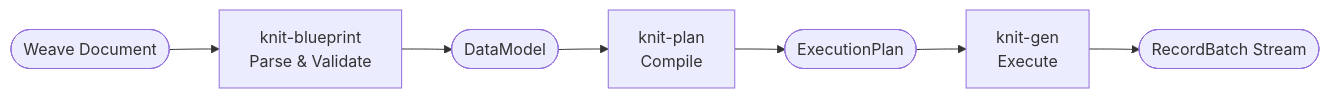
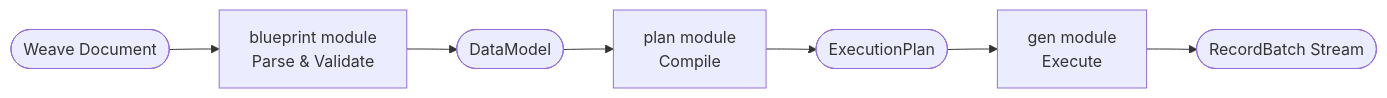
Before and after one commit to Yaming-Hub/knit: the first of 10 diagrams in docs/design-plan.md, drawn with Mermaid. The commit also changed other lines of this file and 10 other files, not shown here.

````diff
--- a/docs/design-plan.md
+++ b/docs/design-plan.md
@@ -33,9 +33,9 @@
 ```mermaid
 flowchart LR
-    weave([Weave Document]) --> blueprint[knit-blueprint\nParse & Validate]
+    weave([Weave Document]) --> blueprint[blueprint module\nParse & Validate]
     blueprint --> model([DataModel])
-    model --> plan[knit-plan\nCompile]
+    model --> plan[plan module\nCompile]
     plan --> exec([ExecutionPlan])
-    exec --> gen[knit-gen\nExecute]
+    exec --> gen[gen module\nExecute]
     gen --> output([RecordBatch Stream])
 ```
````
